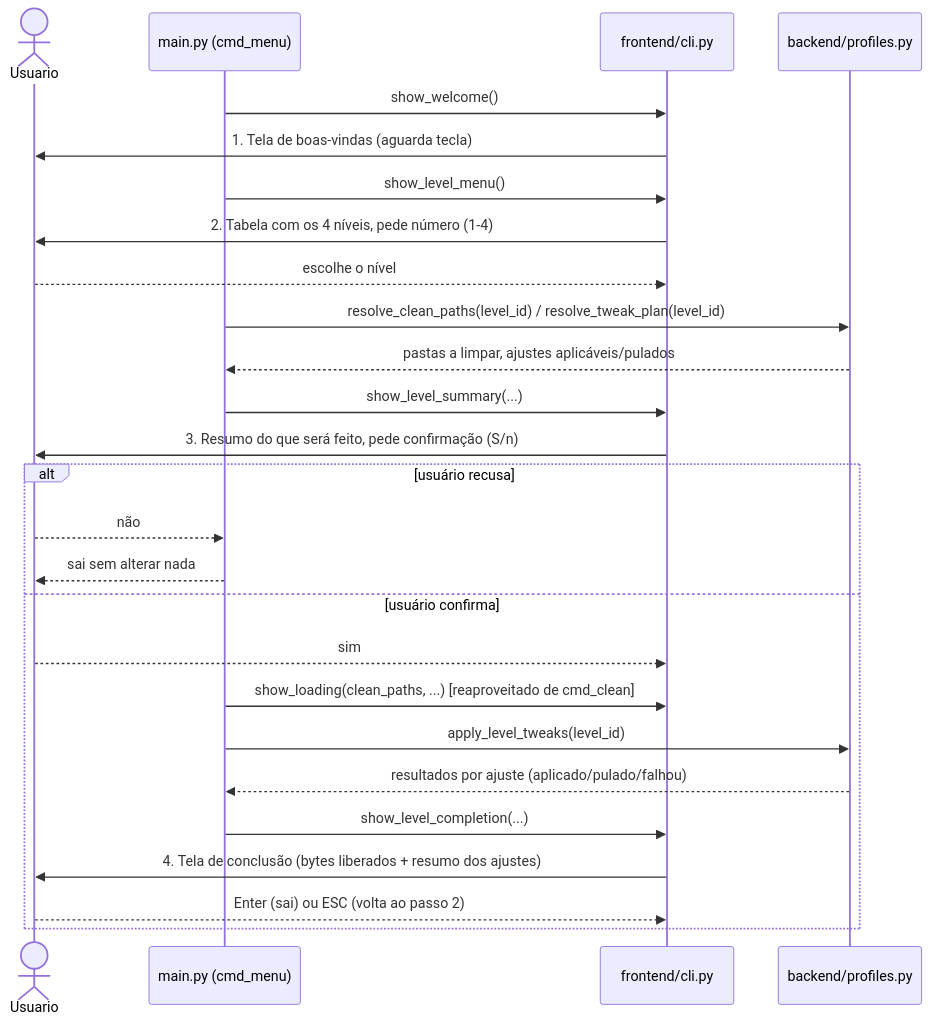
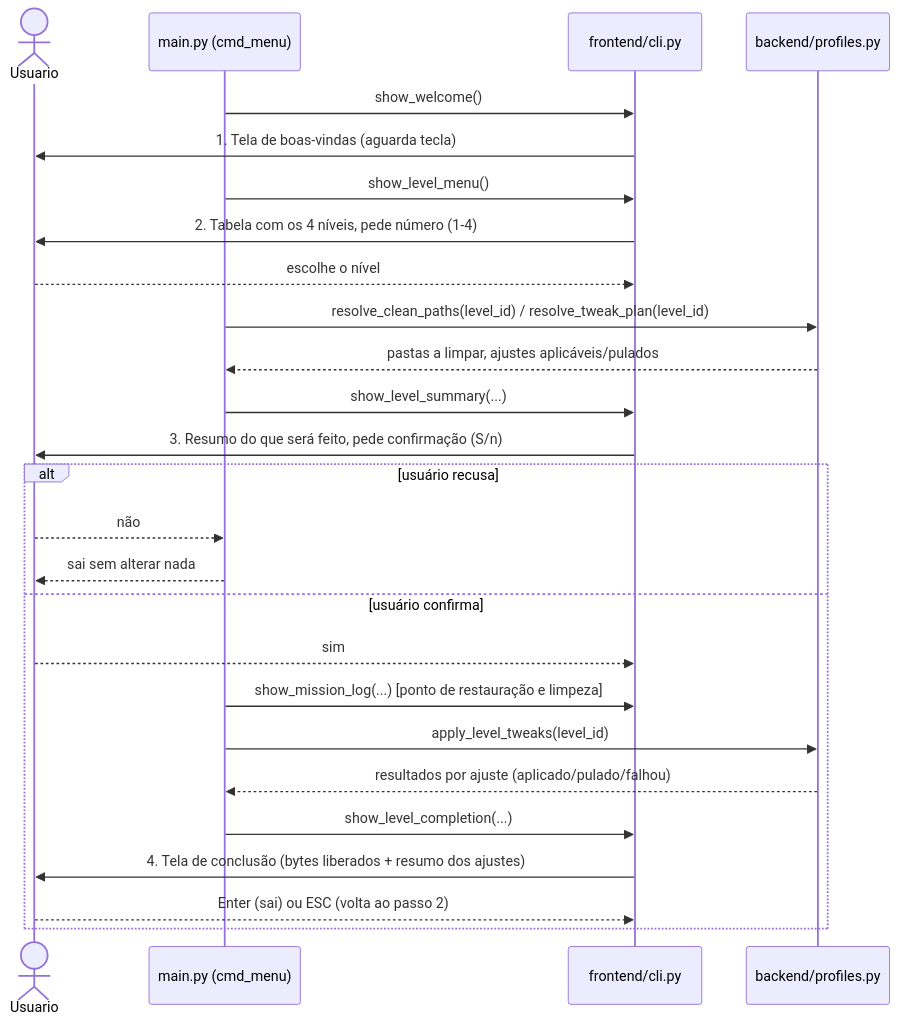
Before and after one commit to Grolla05/System_Boost: the fifth of 5 diagrams in docs/funcionamento.md, drawn with Mermaid. The commit also changed other lines of this file and 36 other files, not shown here.

````diff
--- a/docs/funcionamento.md
+++ b/docs/funcionamento.md
@@ -277,29 +289,29 @@
 ```mermaid
 sequenceDiagram
     actor Usuario
     participant Main as main.py (cmd_menu)
     participant CLI as frontend/cli.py
     participant Profiles as backend/profiles.py
 
     Main->>CLI: show_welcome()
     CLI->>Usuario: 1. Tela de boas-vindas (aguarda tecla)
     Main->>CLI: show_level_menu()
     CLI->>Usuario: 2. Tabela com os 4 níveis, pede número (1-4)
     Usuario-->>CLI: escolhe o nível
     Main->>Profiles: resolve_clean_paths(level_id) / resolve_tweak_plan(level_id)
     Profiles-->>Main: pastas a limpar, ajustes aplicáveis/pulados
     Main->>CLI: show_level_summary(...)
     CLI->>Usuario: 3. Resumo do que será feito, pede confirmação (S/n)
     alt usuário recusa
         Usuario-->>Main: não
         Main-->>Usuario: sai sem alterar nada
     else usuário confirma
         Usuario-->>CLI: sim
-        Main->>CLI: show_loading(clean_paths, ...) [reaproveitado de cmd_clean]
+        Main->>CLI: show_mission_log(...) [ponto de restauração e limpeza]
         Main->>Profiles: apply_level_tweaks(level_id)
         Profiles-->>Main: resultados por ajuste (aplicado/pulado/falhou)
         Main->>CLI: show_level_completion(...)
         CLI->>Usuario: 4. Tela de conclusão (bytes liberados + resumo dos ajustes)
         Usuario-->>CLI: Enter (sai) ou ESC (volta ao passo 2)
     end
 ```
````
